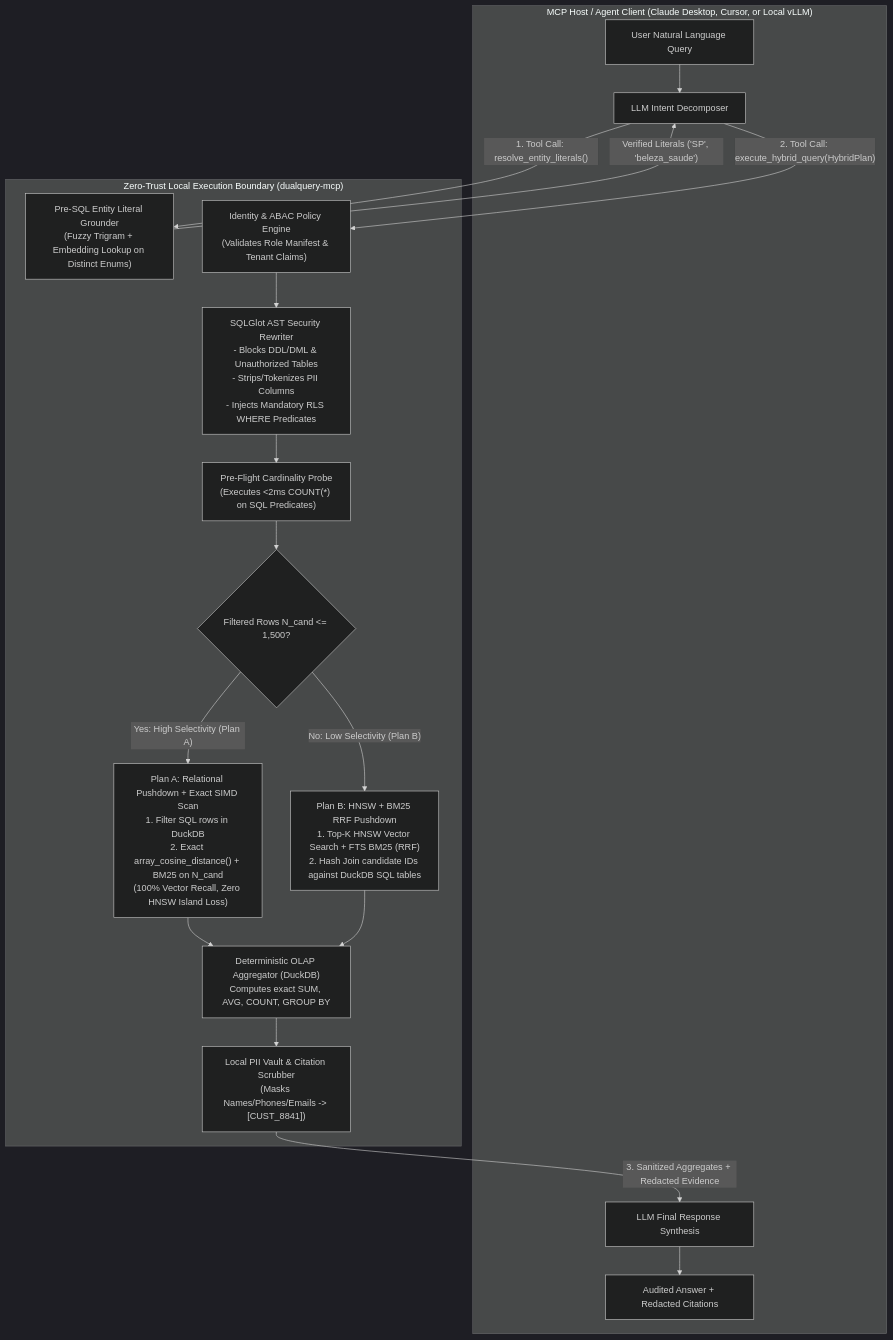
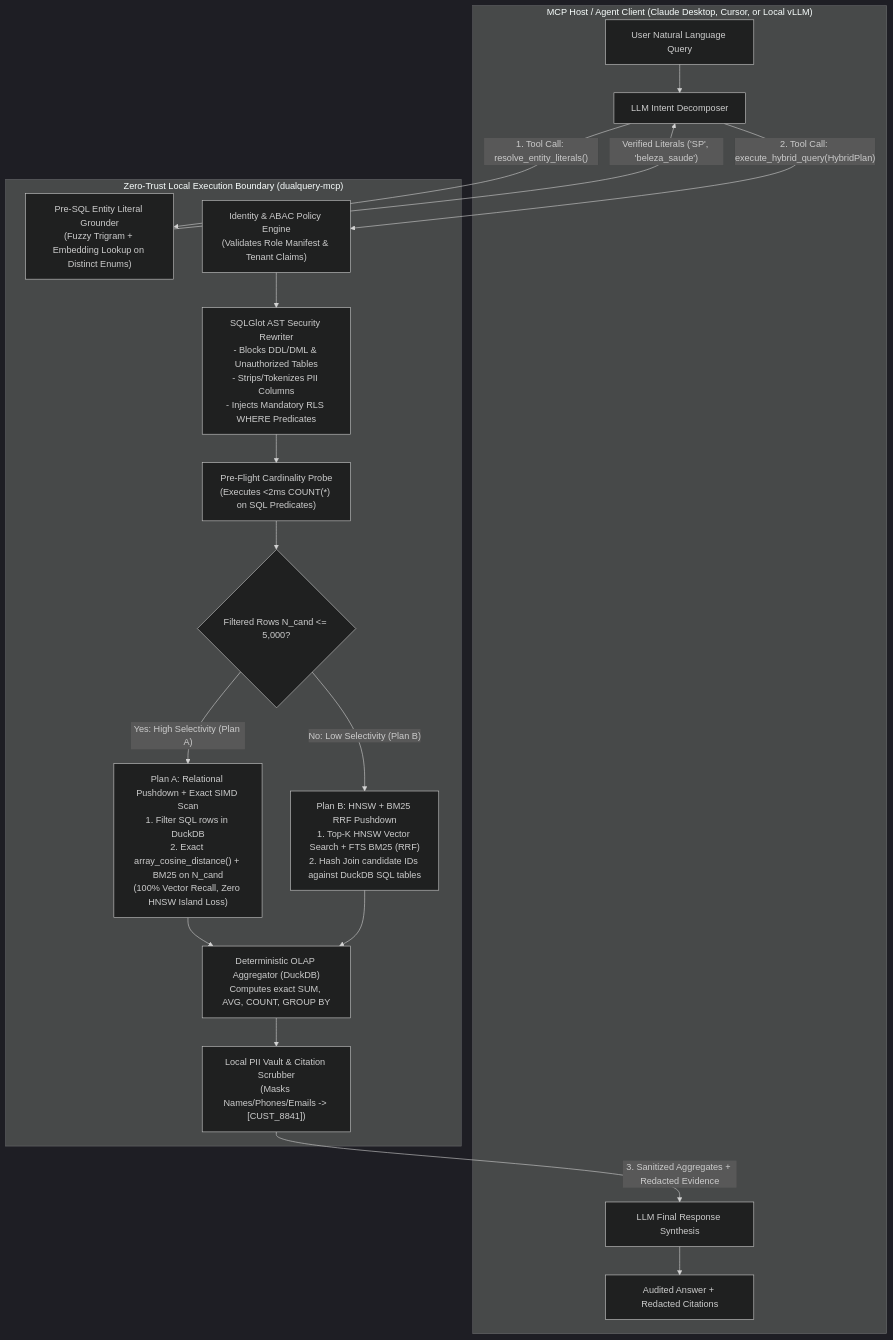
One commit to Zayf24/DualQuery changed the diagram in README.md. Above: the diagram before and after it, drawn with Mermaid (dark theme). The commit also changed other lines of this file and 7 other files, not shown here.

````diff
--- a/README.md
+++ b/README.md
@@ -28,31 +28,31 @@
 ```mermaid
 flowchart TD
     subgraph Host["MCP Host / Agent Client (Claude Desktop, Cursor, or Local vLLM)"]
         User["User Natural Language Query"] --> LLMPlanner["LLM Intent Decomposer"]
         LLMSynth["LLM Final Response Synthesis"] --> Output["Audited Answer + Redacted Citations"]
     end
 
     subgraph Edge["Zero-Trust Local Execution Boundary (dualquery-mcp)"]
         LLMPlanner -- "1. Tool Call: resolve_entity_literals()" --> Grounder["Pre-SQL Entity Literal Grounder<br/>(Fuzzy Trigram + Embedding Lookup on Distinct Enums)"]
         Grounder -- "Verified Literals ('SP', 'beleza_saude')" --> LLMPlanner
         
         LLMPlanner -- "2. Tool Call: execute_hybrid_query(HybridPlan)" --> Gateway["Identity & ABAC Policy Engine<br/>(Validates Role Manifest & Tenant Claims)"]
         
         Gateway --> ASTGuard["SQLGlot AST Security Rewriter<br/>- Blocks DDL/DML & Unauthorized Tables<br/>- Strips/Tokenizes PII Columns<br/>- Injects Mandatory RLS WHERE Predicates"]
         
         ASTGuard --> Probe["Pre-Flight Cardinality Probe<br/>(Executes <2ms COUNT(*) on SQL Predicates)"]
         
-        Probe --> Decision{"Filtered Rows N_cand <= 1,500?"}
+        Probe --> Decision{"Filtered Rows N_cand <= 5,000?"}
         
         Decision -- "Yes: High Selectivity (Plan A)" --> PlanA["Plan A: Relational Pushdown + Exact SIMD Scan<br/>1. Filter SQL rows in DuckDB<br/>2. Exact array_cosine_distance() + BM25 on N_cand<br/>(100% Vector Recall, Zero HNSW Island Loss)"]
         
         Decision -- "No: Low Selectivity (Plan B)" --> PlanB["Plan B: HNSW + BM25 RRF Pushdown<br/>1. Top-K HNSW Vector Search + FTS BM25 (RRF)<br/>2. Hash Join candidate IDs against DuckDB SQL tables"]
         
         PlanA --> Agg["Deterministic OLAP Aggregator (DuckDB)<br/>Computes exact SUM, AVG, COUNT, GROUP BY"]
         PlanB --> Agg
         
         Agg --> Scrubber["Local PII Vault & Citation Scrubber<br/>(Masks Names/Phones/Emails -> [CUST_8841])"]
     end
 
     Scrubber -- "3. Sanitized Aggregates + Redacted Evidence" --> LLMSynth
 ```
````
